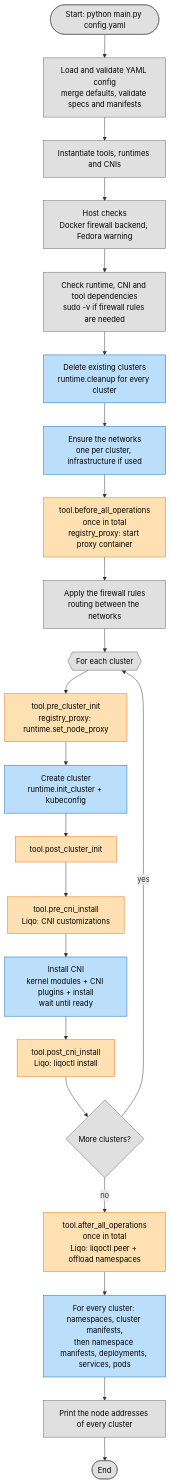
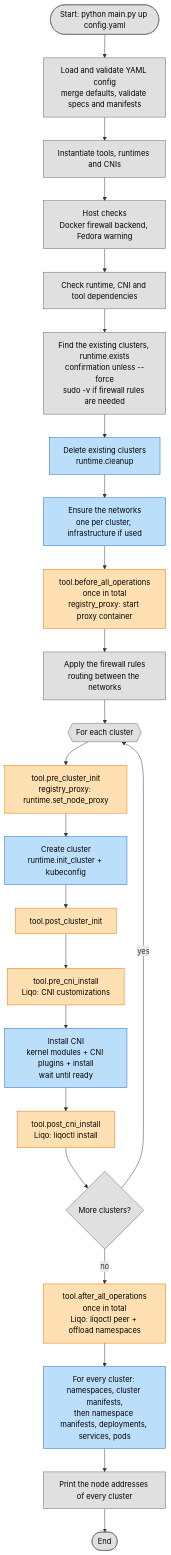
One commit to riccardotornesello/kubernetes-testbench changed the diagram in docs/development.md. Above: the diagram before and after it, drawn with Mermaid. The commit also changed other lines of this file and 16 other files, not shown here.

````diff
--- a/docs/development.md
+++ b/docs/development.md
@@ -144,34 +146,35 @@
 ```mermaid
 flowchart TD
-    A([Start: python main.py config.yaml]) --> B[Load and validate YAML config<br/>merge defaults, validate specs and manifests]
+    A([Start: python main.py up config.yaml]) --> B[Load and validate YAML config<br/>merge defaults, validate specs and manifests]
     B --> C[Instantiate tools, runtimes and CNIs]
     C --> C2[Host checks<br/>Docker firewall backend, Fedora warning]
-    C2 --> D[Check runtime, CNI and tool dependencies<br/>sudo -v if firewall rules are needed]
-    D --> E[Delete existing clusters<br/>runtime.cleanup for every cluster]
+    C2 --> D[Check runtime, CNI and tool dependencies]
+    D --> D2[Find the existing clusters, runtime.exists<br/>confirmation unless --force<br/>sudo -v if firewall rules are needed]
+    D2 --> E[Delete existing clusters<br/>runtime.cleanup]
     E --> E2[Ensure the networks<br/>one per cluster, infrastructure if used]
     E2 --> F[tool.before_all_operations<br/>once in total<br/>registry_proxy: start proxy container]
     F --> F2[Apply the firewall rules<br/>routing between the networks]
 
     F2 --> L{{For each cluster}}
     L --> H[tool.pre_cluster_init<br/>registry_proxy: runtime.set_node_proxy]
     H --> I[Create cluster<br/>runtime.init_cluster + kubeconfig]
     I --> J[tool.post_cluster_init]
     J --> J2[tool.pre_cni_install<br/>Liqo: CNI customizations]
     J2 --> K[Install CNI<br/>kernel modules + CNI plugins + install<br/>wait until ready]
     K --> M[tool.post_cni_install<br/>Liqo: liqoctl install]
     M --> N{More clusters?}
     N -- yes --> L
     N -- no --> O[tool.after_all_operations<br/>once in total<br/>Liqo: liqoctl peer + offload namespaces]
 
     O --> P[For every cluster: namespaces, cluster manifests,<br/>then namespace manifests, deployments, services, pods]
     P --> R[Print the node addresses of every cluster]
     R --> Q([End])
 
     classDef internal fill:#e0e0e0,stroke:#616161,color:#000
     classDef k8s fill:#bbdefb,stroke:#1565c0,color:#000
     classDef tool fill:#ffe0b2,stroke:#ef6c00,color:#000
 
-    class A,B,C,C2,D,F2,L,N,R,Q internal
+    class A,B,C,C2,D,D2,F2,L,N,R,Q internal
     class E,E2,I,K,P k8s
     class F,H,J,J2,M,O tool
 ```
````
